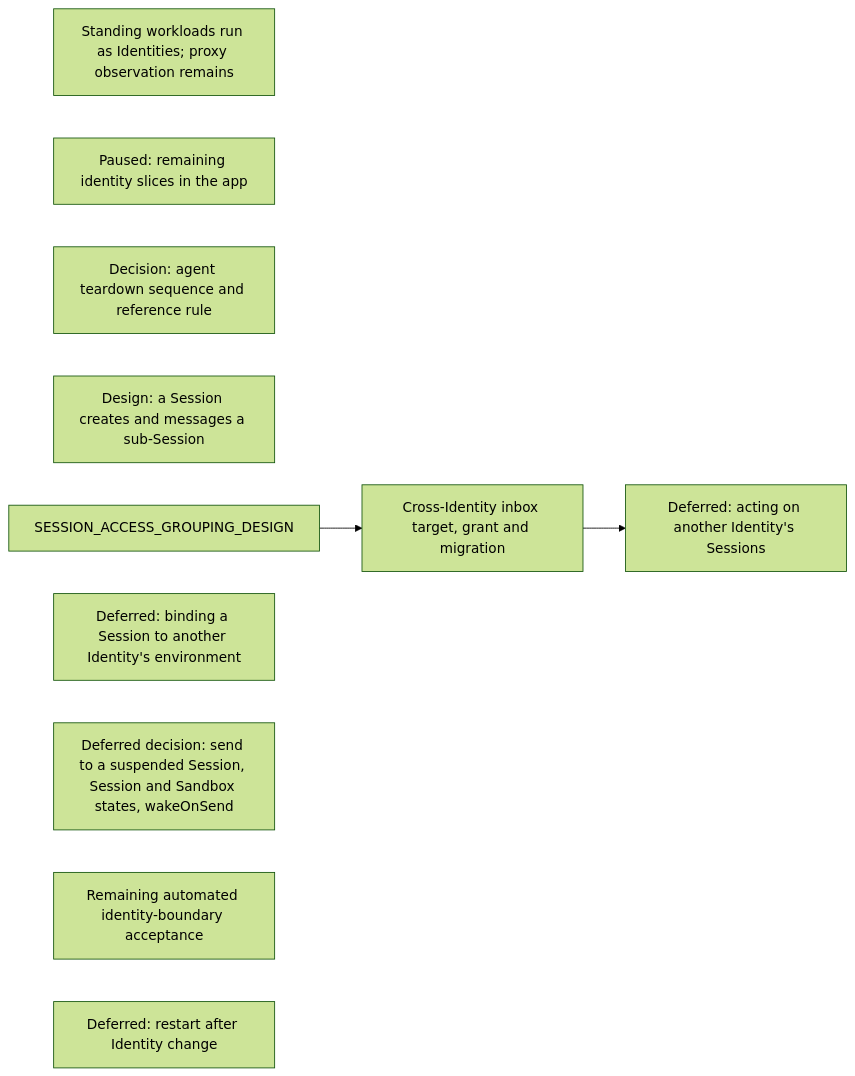
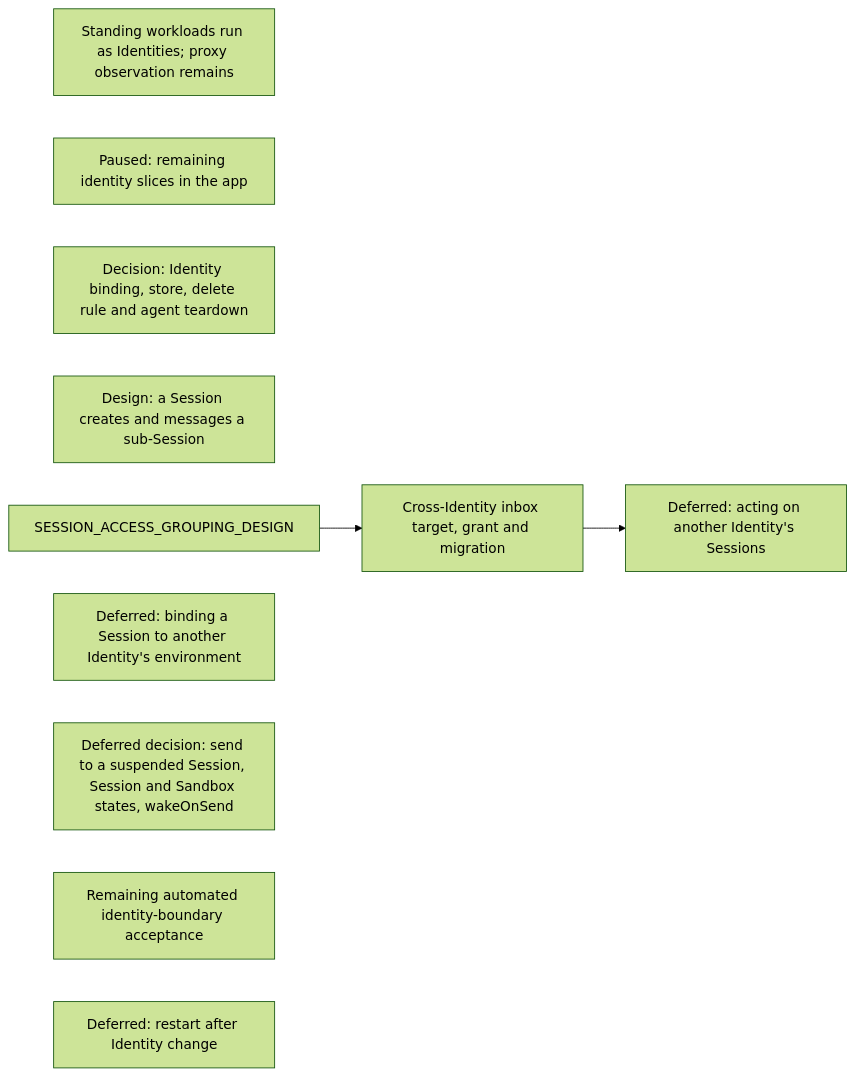
Before and after one commit to agentydragon/ducktape: diagram 16 of 18 in agentplane/plans/task_dag.md, drawn with Mermaid (forest theme). The commit also changed other lines of this file and 5 other files, not shown here.

First line of the commit message:
Restructure the plan as Identity ownership; teardown becomes one section

````diff
--- a/agentplane/plans/task_dag.md
+++ b/agentplane/plans/task_dag.md
@@ -3548,13 +3548,13 @@
 ```mermaid
 flowchart LR
     STANDING_WORKLOAD_IDENTITY[Standing workloads run as Identities; proxy observation remains]
     APP_IDENTITIES_UI[Paused: remaining identity slices in the app]
-    AGENT_TEARDOWN_DESIGN[Decision: agent teardown sequence and reference rule]
+    IDENTITY_OWNERSHIP_DESIGN[Decision: Identity binding, store, delete rule and agent teardown]
     SESSION_SUBAGENT_DELEGATION[Design: a Session creates and messages a sub-Session]
     SESSION_ACCESS_GROUPING_DESIGN --> SESSION_IDENTITY_AUTHZ[Cross-Identity inbox target, grant and migration]
     SESSION_IDENTITY_AUTHZ --> SESSION_CROSS_IDENTITY_AUTHORITY[Deferred: acting on another Identity's Sessions]
     CROSS_IDENTITY_SESSION_BINDING[Deferred: binding a Session to another Identity's environment]
     WAKE_ON_DELIVERY_DESIGN[Deferred decision: send to a suspended Session, Session and Sandbox states, wakeOnSend]
     IDENTITY_SYSTEM_TESTS[Remaining automated identity-boundary acceptance]
     SANDBOX_IDENTITY_CHANGE_CHECKPOINT[Deferred: restart after Identity change]
 ```
````
